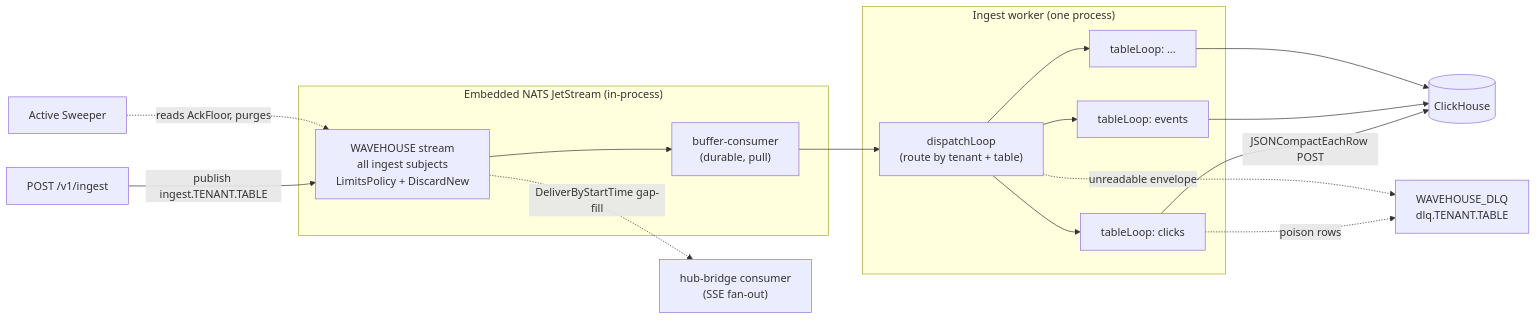
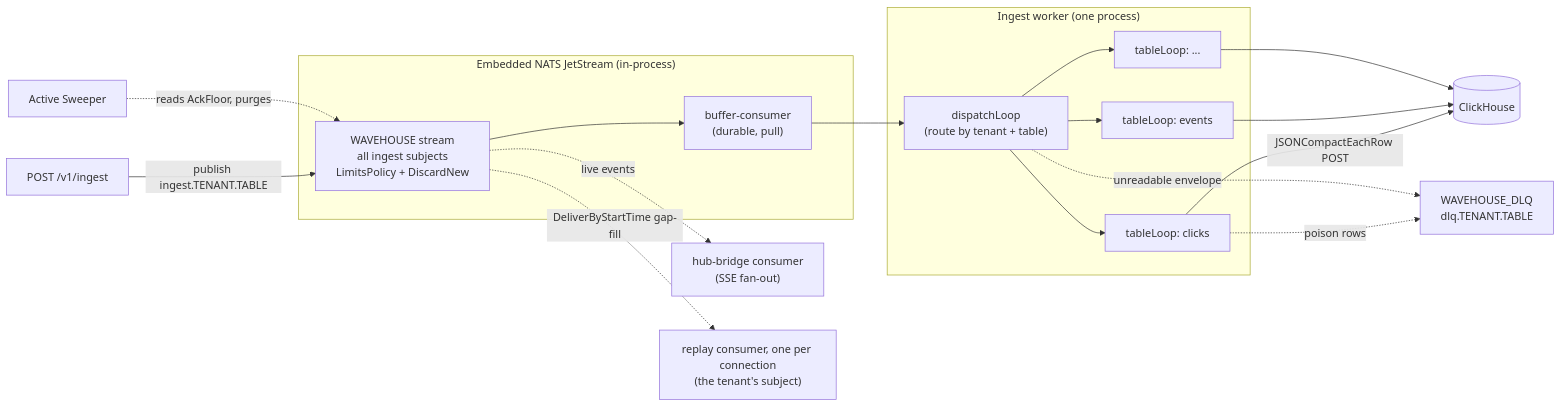
The first of 8 diagrams in docs/src/content/docs/ingest-pipeline.md (Wave-RF/WaveHouse), drawn with Mermaid before and after one commit. The commit also changed other lines of this file and 14 other files, not shown here.

````diff
--- a/docs/src/content/docs/ingest-pipeline.md
+++ b/docs/src/content/docs/ingest-pipeline.md
@@ -27,28 +27,29 @@
 ```mermaid
 flowchart LR
     API["POST /v1/ingest"] -->|"publish ingest.TENANT.TABLE"| Stream
 
     subgraph NATS["Embedded NATS JetStream (in-process)"]
         Stream["WAVEHOUSE stream<br/>all ingest subjects<br/>LimitsPolicy + DiscardNew"]
         Cons["buffer-consumer<br/>(durable, pull)"]
         Stream --> Cons
     end
 
     Cons --> D
 
     subgraph Worker["Ingest worker (one process)"]
         D["dispatchLoop<br/>(route by tenant + table)"]
         D --> TLa["tableLoop: clicks"]
         D --> TLb["tableLoop: events"]
         D --> TLc["tableLoop: ..."]
     end
 
     TLa -->|"JSONCompactEachRow POST"| CH[("ClickHouse")]
     TLb --> CH
     TLc --> CH
     TLa -.->|"poison rows"| DLQ["WAVEHOUSE_DLQ<br/>dlq.TENANT.TABLE"]
     D -.->|"unreadable envelope"| DLQ
 
     Sweep["Active Sweeper"] -.->|"reads AckFloor, purges"| Stream
-    Stream -.->|"DeliverByStartTime gap-fill"| Hub["hub-bridge consumer<br/>(SSE fan-out)"]
+    Stream -.->|"live events"| Hub["hub-bridge consumer<br/>(SSE fan-out)"]
+    Stream -.->|"DeliverByStartTime gap-fill"| Replay["replay consumer, one per connection<br/>(the tenant's subject)"]
 ```
````
